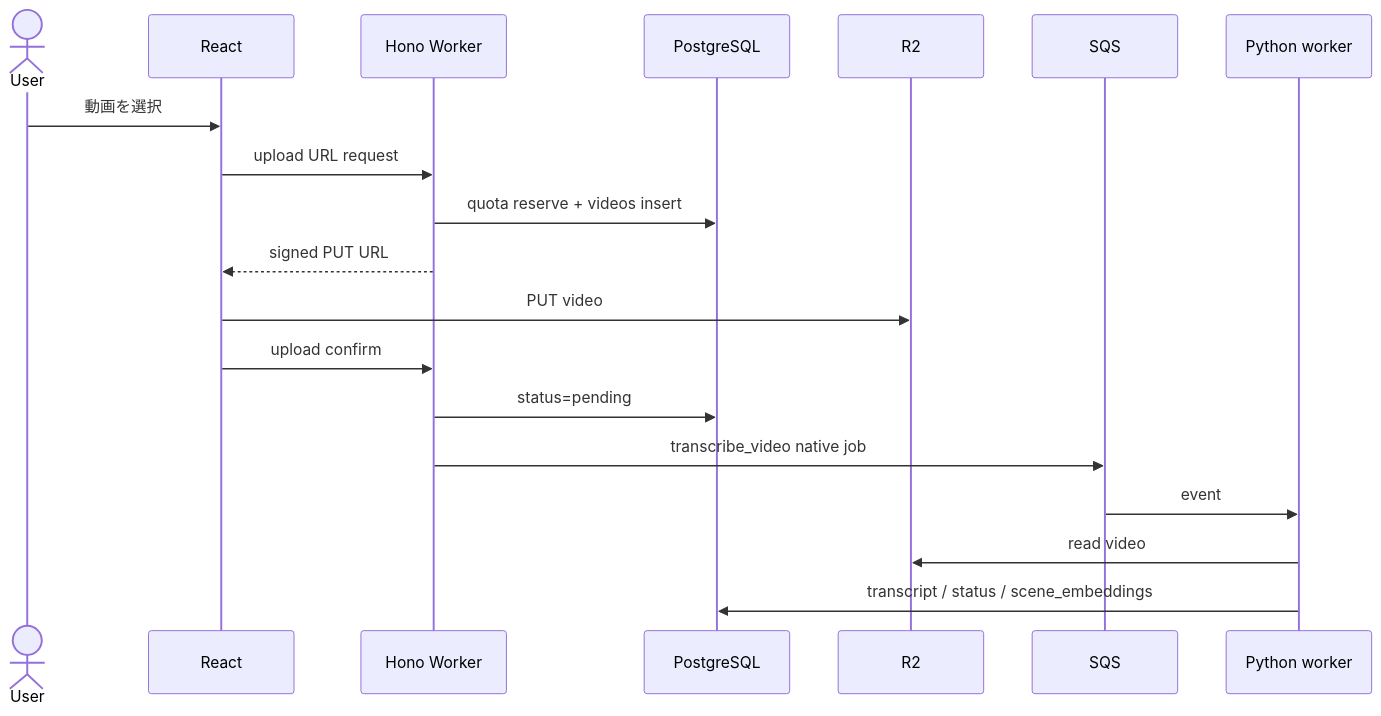
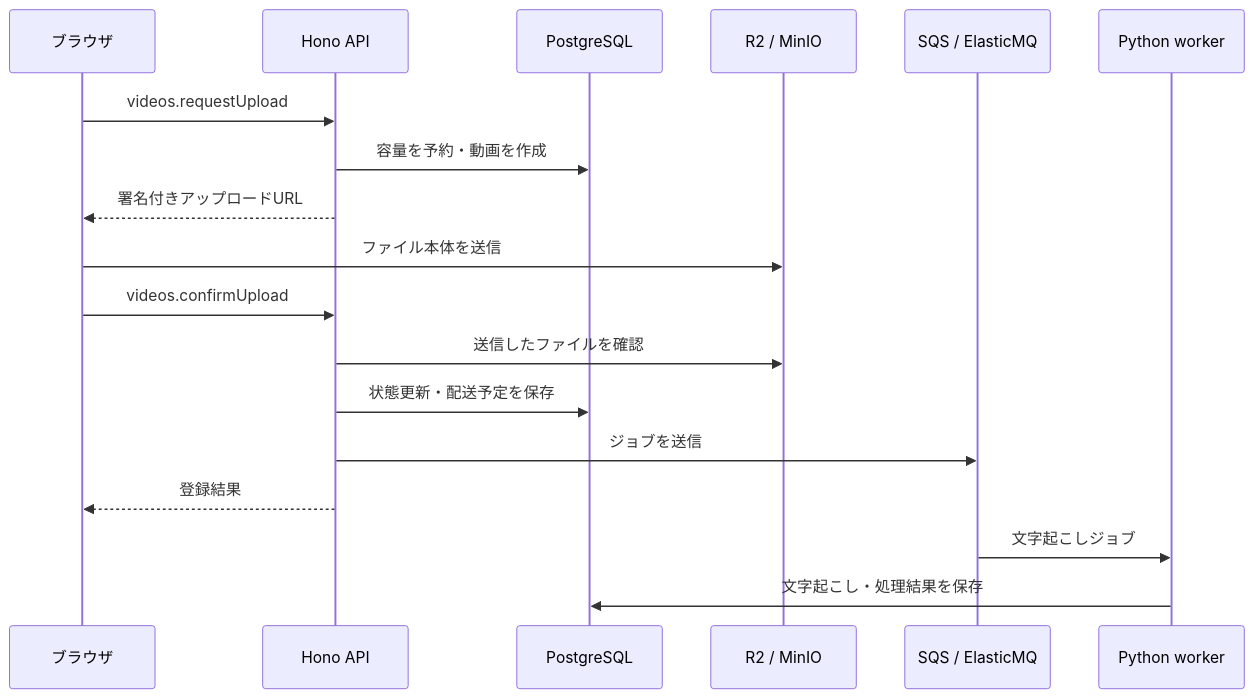
The first of 3 diagrams in docs/design/sequence-diagram.md (yukiharada1228/videoq), drawn with Mermaid before and after one commit. The commit also changed other lines of this file and 62 other files, not shown here.

````diff
--- a/docs/design/sequence-diagram.md
+++ b/docs/design/sequence-diagram.md
@@ -5,22 +12,20 @@
 ```mermaid
 sequenceDiagram
-    actor User
-    participant UI as React
-    participant API as Hono Worker
+    participant User as ブラウザ
+    participant API as Hono API
     participant DB as PostgreSQL
-    participant R2
-    participant SQS
+    participant Store as R2 / MinIO
+    participant Queue as SQS / ElasticMQ
     participant Worker as Python worker
-
-    User->>UI: 動画を選択
-    UI->>API: upload URL request
-    API->>DB: quota reserve + videos insert
-    API-->>UI: signed PUT URL
-    UI->>R2: PUT video
-    UI->>API: upload confirm
-    API->>DB: status=pending
-    API->>SQS: transcribe_video native job
-    SQS->>Worker: event
-    Worker->>R2: read video
-    Worker->>DB: transcript / status / scene_embeddings
+    User->>API: videos.requestUpload
+    API->>DB: 容量を予約・動画を作成
+    API-->>User: 署名付きアップロードURL
+    User->>Store: ファイル本体を送信
+    User->>API: videos.confirmUpload
+    API->>Store: 送信したファイルを確認
+    API->>DB: 状態更新・配送予定を保存
+    API->>Queue: ジョブを送信
+    API-->>User: 登録結果
+    Queue->>Worker: 文字起こしジョブ
+    Worker->>DB: 文字起こし・処理結果を保存
 ```
````
